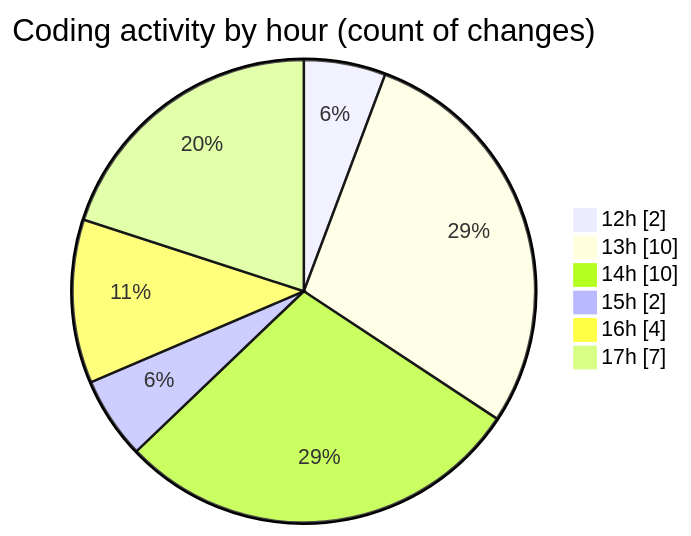
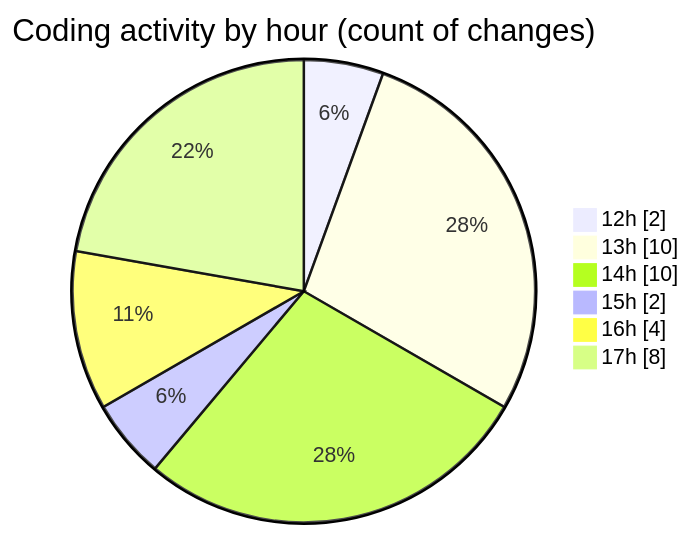
One commit to shibass792/code-tracking changed the second of 2 diagrams in 2026-07-12/untitled__workspace_/README.md. Above: the diagram before and after it, drawn with Mermaid. The commit also changed other lines of this file and 1 other file, not shown here.

````diff
--- a/2026-07-12/untitled__workspace_/README.md
+++ b/2026-07-12/untitled__workspace_/README.md
@@ -38,10 +38,10 @@
 ```mermaid
 pie showData
 title Coding activity by hour (count of changes)
 "12h" : 2
 "13h" : 10
 "14h" : 10
 "15h" : 2
 "16h" : 4
-"17h" : 7
+"17h" : 8
 ```
````
